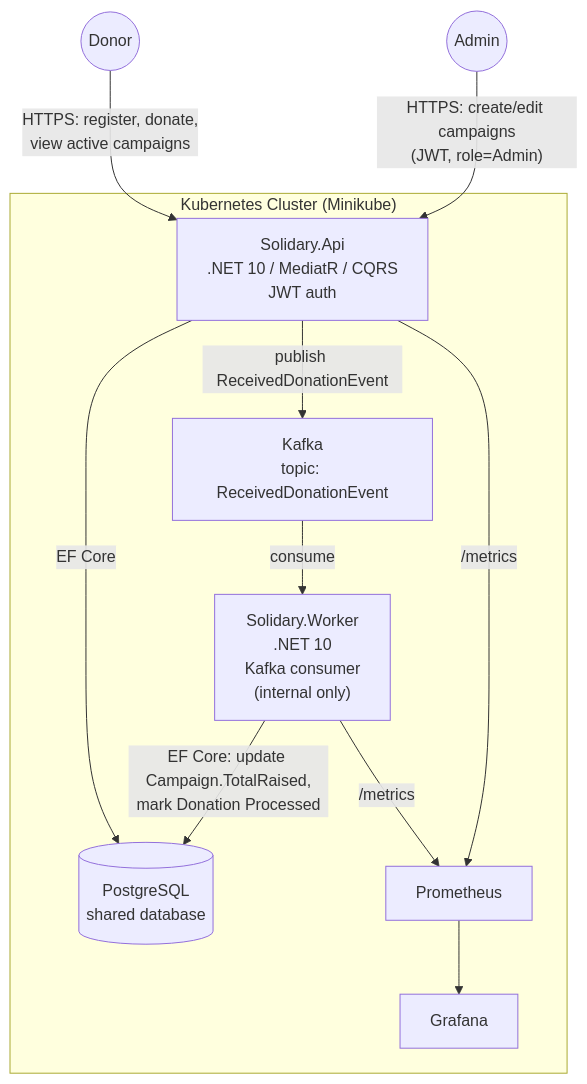
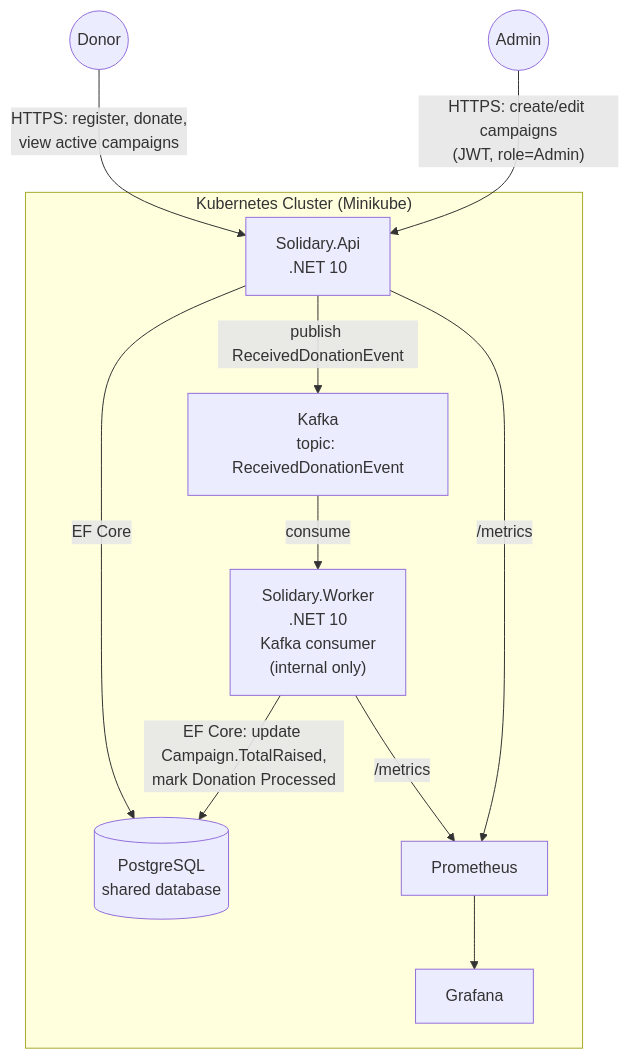
The first of 5 diagrams in docs/architecture.md (Mdotta/fiap_hackathon_NETT), drawn with Mermaid before and after one commit. The commit also changed 1 other file, not shown here.

Commit message:
chore: setup claude.md and update architecture.md diagrams

````diff
--- a/docs/architecture.md
+++ b/docs/architecture.md
@@ -7,26 +7,26 @@
 ```mermaid
 flowchart TB
     Donor((Donor))
     Admin((Admin))
 
     subgraph Cluster["Kubernetes Cluster (Minikube)"]
-        Api["Solidary.Api\n.NET 10 / MediatR / CQRS\nJWT auth"]
+        Api["Solidary.Api\n.NET 10"]
         Worker["Solidary.Worker\n.NET 10\nKafka consumer\n(internal only)"]
         DB[("PostgreSQL\nshared database")]
         Kafka["Kafka\ntopic: ReceivedDonationEvent"]
         Prometheus["Prometheus"]
         Grafana["Grafana"]
     end
 
     Donor -->|"HTTPS: register, donate,\nview active campaigns"| Api
     Admin -->|"HTTPS: create/edit campaigns\n(JWT, role=Admin)"| Api
 
     Api -->|"EF Core"| DB
     Api -->|"publish ReceivedDonationEvent"| Kafka
     Kafka -->|"consume"| Worker
     Worker -->|"EF Core: update Campaign.TotalRaised,\nmark Donation Processed"| DB
 
     Api -->|"/metrics"| Prometheus
     Worker -->|"/metrics"| Prometheus
     Prometheus --> Grafana
 ```
````
